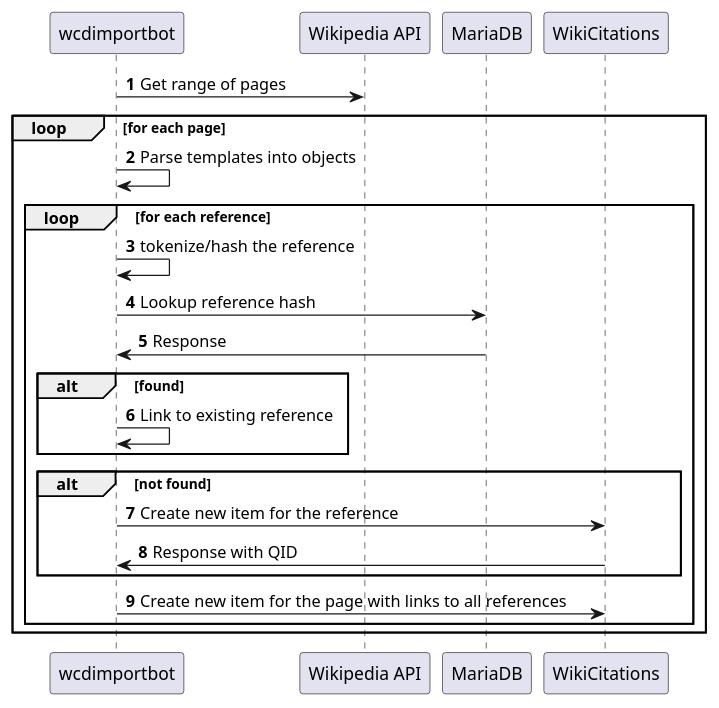
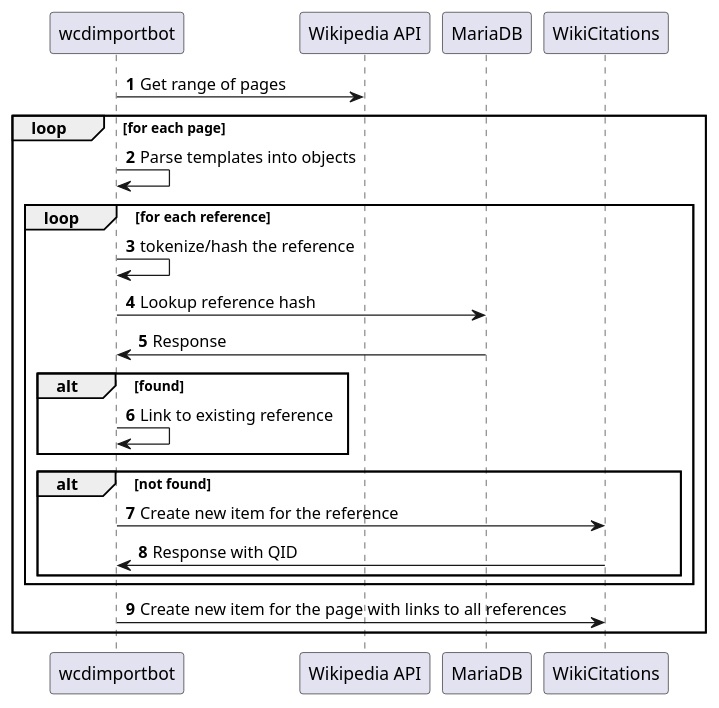
The diagram in diagrams/sequence.puml (internetarchive/iari), drawn with PlantUML before and after one commit.

Commit message:
sequence.puml: Fix bug

```diff
--- a/diagrams/sequence.puml
+++ b/diagrams/sequence.puml
@@ -1,22 +1,22 @@
 @startuml
 'https://plantuml.com/sequence-diagram
 
 autonumber
 wcdimportbot -> "Wikipedia API": Get range of pages
 loop for each page
     wcdimportbot -> wcdimportbot: Parse templates into objects
     loop for each reference
         wcdimportbot -> wcdimportbot: tokenize/hash the reference
         wcdimportbot -> MariaDB: Lookup reference hash
         MariaDB -> wcdimportbot: Response
         alt found
             wcdimportbot -> wcdimportbot: Link to existing reference
         end
         alt not found
             wcdimportbot -> WikiCitations: Create new item for the reference
             WikiCitations -> wcdimportbot: Response with QID
         end
-        wcdimportbot -> WikiCitations: Create new item for the page with links to all references
     end
+    wcdimportbot -> WikiCitations: Create new item for the page with links to all references
 end
 @enduml
```
